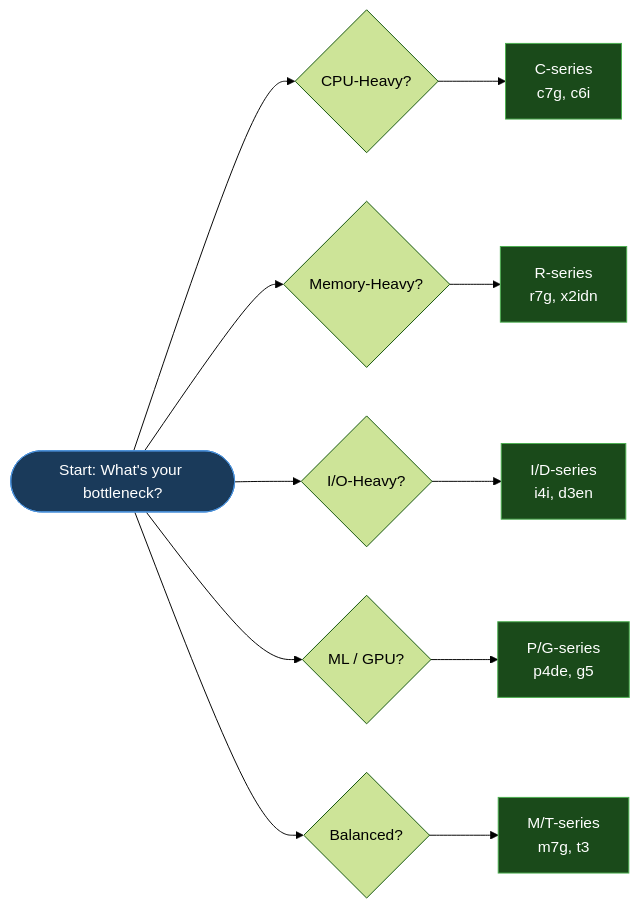
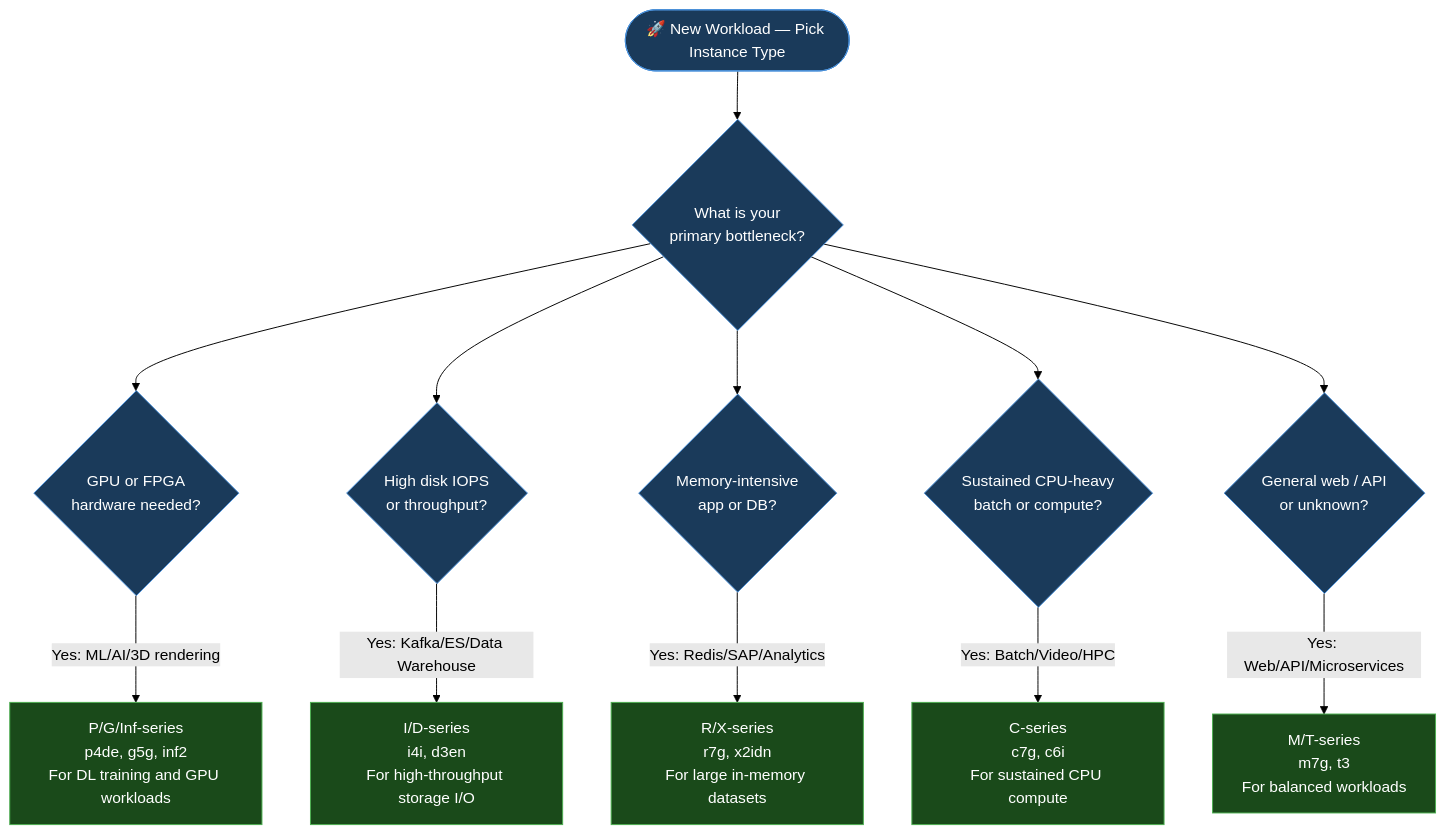
The second of 14 diagrams in EC2/ec2.md (dharmatejasiddabathina/Aws-ZeroToHero), drawn with Mermaid (forest theme) before and after one commit. The commit also changed other lines of this file and 1 other file, not shown here.

````diff
--- a/EC2/ec2.md
+++ b/EC2/ec2.md
@@ -178,18 +253,23 @@
 ```mermaid
-flowchart LR
-    classDef decision fill:#1a3a5a,stroke:#4a90d9,color:#fff
+flowchart TD
+    classDef q fill:#1a3a5a,stroke:#4a90d9,color:#fff
     classDef result fill:#1a4a1a,stroke:#4caf50,color:#fff
+    classDef note fill:#3a1a00,stroke:#ff9900,color:#fff
 
-    S([Start: What's your bottleneck?]):::decision
-    S --> CPU{CPU-Heavy?}
-    S --> MEM{Memory-Heavy?}
-    S --> DISK{I/O-Heavy?}
-    S --> ML{ML / GPU?}
-    S --> BOTH{Balanced?}
+    START([🚀 New Workload — Pick Instance Type]):::q
+    Q1{What is your\nprimary bottleneck?}:::q
+    Q2{GPU or FPGA\nhardware needed?}:::q
+    Q3{High disk IOPS\nor throughput?}:::q
+    Q4{Memory-intensive\napp or DB?}:::q
+    Q5{Sustained CPU-heavy\nbatch or compute?}:::q
+    Q6{General web / API\nor unknown?}:::q
 
-    CPU --> C[C-series\nc7g, c6i]:::result
-    MEM --> R[R-series\nr7g, x2idn]:::result
-    DISK --> I[I/D-series\ni4i, d3en]:::result
-    ML --> P[P/G-series\np4de, g5]:::result
-    BOTH --> M[M/T-series\nm7g, t3]:::result
+    START --> Q1
+    Q1 --> Q2 & Q3 & Q4 & Q5 & Q6
+
+    Q2 -- Yes: ML/AI/3D rendering --> GPU["P/G/Inf-series\np4de, g5g, inf2\nFor DL training and GPU workloads"]:::result
+    Q3 -- Yes: Kafka/ES/Data Warehouse --> IO["I/D-series\ni4i, d3en\nFor high-throughput storage I/O"]:::result
+    Q4 -- Yes: Redis/SAP/Analytics --> MEM["R/X-series\nr7g, x2idn\nFor large in-memory datasets"]:::result
+    Q5 -- Yes: Batch/Video/HPC --> CPU["C-series\nc7g, c6i\nFor sustained CPU compute"]:::result
+    Q6 -- Yes: Web/API/Microservices --> GEN["M/T-series\nm7g, t3\nFor balanced workloads"]:::result
 ```
````
